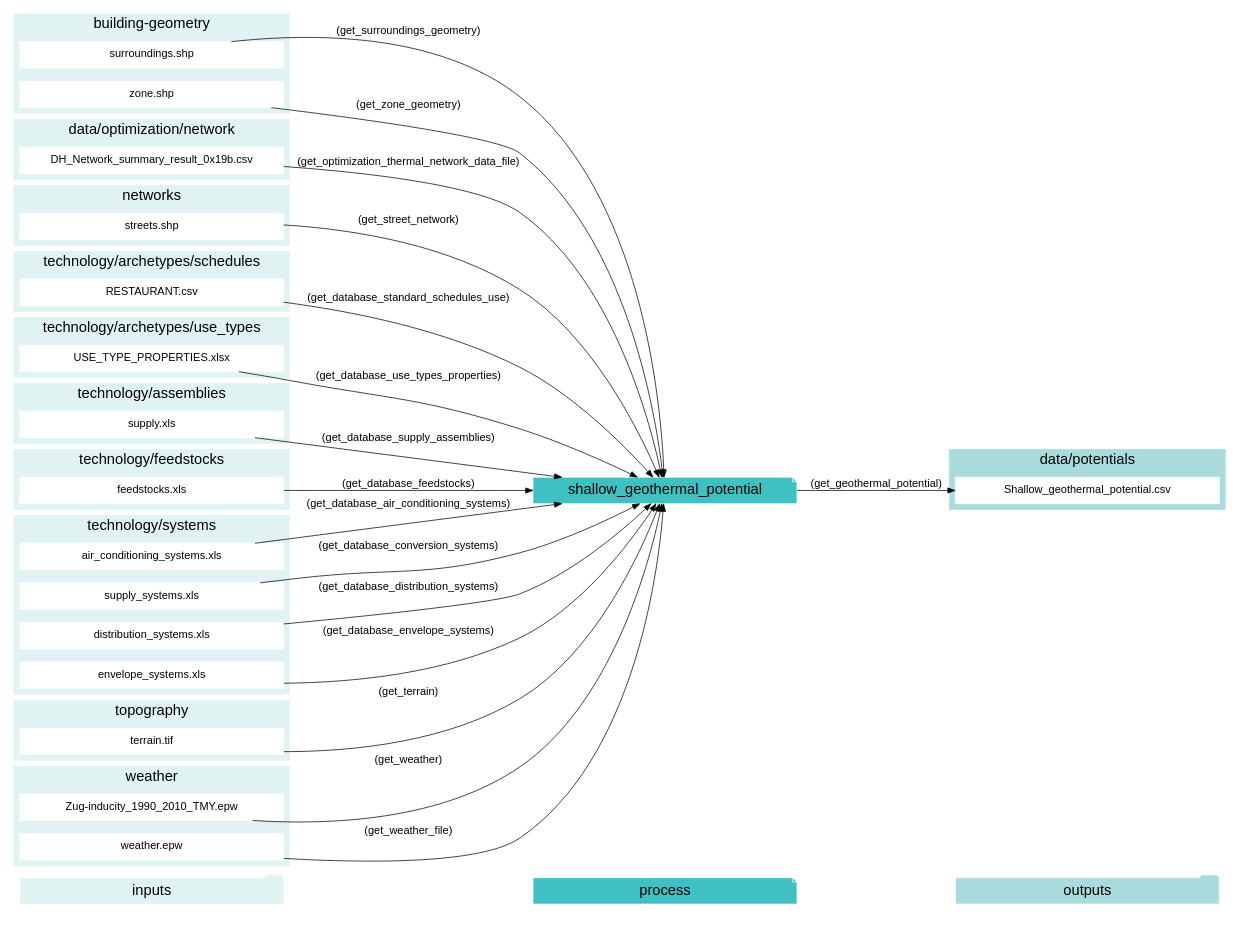
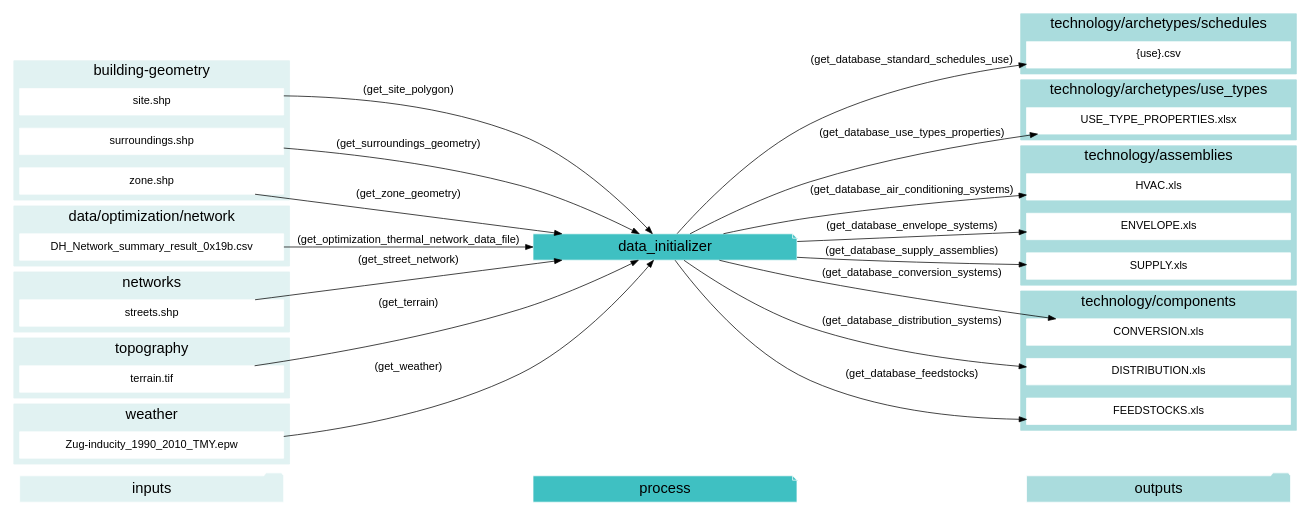
Diagram 15 of 23 in docs/script-data-flow.rst (architecture-building-systems/CityEnergyAnalyst), drawn with Graphviz before and after one commit. The commit also changed other lines of this file and 24 other files, not shown here.

```diff
--- a/docs/script-data-flow.rst
+++ b/docs/script-data-flow.rst
@@ -2235,13 +1548,14 @@
     "inputs"->"process"[style=invis]
     "process"->"outputs"[style=invis]
     }
-    "shallow_geothermal_potential"[style=filled, color=white, fillcolor="#3FC0C2", shape=note, fontsize=20, fontname=arial];
+    "data_initializer"[style=filled, color=white, fillcolor="#3FC0C2", shape=note, fontsize=20, fontname=arial];
     subgraph cluster_0_in {
         style = filled;
         color = "#E1F2F2";
         fontsize = 20;
         rank=same;
         label="building-geometry";
+        "site.shp"
         "surroundings.shp"
         "zone.shp"
     }
@@ -2253,15 +1567,7 @@
         label="data/optimization/network";
         "DH_Network_summary_result_0x19b.csv"
     }
-    subgraph cluster_2_out {
-        style = filled;
-        color = "#aadcdd";
-        fontsize = 20;
-        rank=same;
-        label="data/potentials";
-        "Shallow_geothermal_potential.csv"
-    }
-    subgraph cluster_3_in {
+    subgraph cluster_2_in {
         style = filled;
         color = "#E1F2F2";
         fontsize = 20;
@@ -2269,50 +1575,43 @@
         label="networks";
         "streets.shp"
     }
-    subgraph cluster_4_in {
+    subgraph cluster_3_out {
         style = filled;
-        color = "#E1F2F2";
+        color = "#aadcdd";
         fontsize = 20;
         rank=same;
         label="technology/archetypes/schedules";
-        "RESTAURANT.csv"
+        "{use}.csv"
     }
-    subgraph cluster_5_in {
+    subgraph cluster_4_out {
         style = filled;
-        color = "#E1F2F2";
+        color = "#aadcdd";
         fontsize = 20;
         rank=same;
         label="technology/archetypes/use_types";
         "USE_TYPE_PROPERTIES.xlsx"
     }
-    subgraph cluster_6_in {
+    subgraph cluster_5_out {
         style = filled;
-        color = "#E1F2F2";
+        color = "#aadcdd";
         fontsize = 20;
         rank=same;
         label="technology/assemblies";
-        "supply.xls"
+        "HVAC.xls"
+        "ENVELOPE.xls"
+        "SUPPLY.xls"
+    }
+    subgraph cluster_6_out {
+        style = filled;
+        color = "#aadcdd";
+        fontsize = 20;
+        rank=same;
+        label="technology/components";
+        "CONVERSION.xls"
+        "DISTRIBUTION.xls"
+        "FEEDSTOCKS.xls"
     }
     subgraph cluster_7_in {
-        style = filled;
-        color = "#E1F2F2";
-        fontsize = 20;
-        rank=same;
-        label="technology/feedstocks";
-        "feedstocks.xls"
-    }
-    subgraph cluster_8_in {
-        style = filled;
-        color = "#E1F2F2";
-        fontsize = 20;
-        rank=same;
-        label="technology/systems";
-        "air_conditioning_systems.xls"
-        "supply_systems.xls"
-        "distribution_systems.xls"
-        "envelope_systems.xls"
-    }
-    subgraph cluster_9_in {
         style = filled;
         color = "#E1F2F2";
         fontsize = 20;
@@ -2320,29 +1619,27 @@
         label="topography";
         "terrain.tif"
     }
-    subgraph cluster_10_in {
+    subgraph cluster_8_in {
         style = filled;
         color = "#E1F2F2";
         fontsize = 20;
         rank=same;
         label="weather";
         "Zug-inducity_1990_2010_TMY.epw"
-        "weather.epw"
     }
-    "air_conditioning_systems.xls" -> "shallow_geothermal_potential"[label="(get_database_air_conditioning_systems)"]
-    "supply_systems.xls" -> "shallow_geothermal_potential"[label="(get_database_conversion_systems)"]
-    "distribution_systems.xls" -> "shallow_geothermal_potential"[label="(get_database_distribution_systems)"]
-    "envelope_systems.xls" -> "shallow_geothermal_potential"[label="(get_database_envelope_systems)"]
-    "feedstocks.xls" -> "shallow_geothermal_potential"[label="(get_database_feedstocks)"]
-    "RESTAURANT.csv" -> "shallow_geothermal_potential"[label="(get_database_standard_schedules_use)"]
-    "supply.xls" -> "shallow_geothermal_potential"[label="(get_database_supply_assemblies)"]
-    "USE_TYPE_PROPERTIES.xlsx" -> "shallow_geothermal_potential"[label="(get_database_use_types_properties)"]
-    "DH_Network_summary_result_0x19b.csv" -> "shallow_geothermal_potential"[label="(get_optimization_thermal_network_data_file)"]
-    "streets.shp" -> "shallow_geothermal_potential"[label="(get_street_network)"]
-    "surroundings.shp" -> "shallow_geothermal_potential"[label="(get_surroundings_geometry)"]
-    "terrain.tif" -> "shallow_geothermal_potential"[label="(get_terrain)"]
-    "Zug-inducity_1990_2010_TMY.epw" -> "shallow_geothermal_potential"[label="(get_weather)"]
-    "weather.epw" -> "shallow_geothermal_potential"[label="(get_weather_file)"]
-    "zone.shp" -> "shallow_geothermal_potential"[label="(get_zone_geometry)"]
-    "shallow_geothermal_potential" -> "Shallow_geothermal_potential.csv"[label="(get_geothermal_potential)"]
+    "DH_Network_summary_result_0x19b.csv" -> "data_initializer"[label="(get_optimization_thermal_network_data_file)"]
+    "site.shp" -> "data_initializer"[label="(get_site_polygon)"]
+    "streets.shp" -> "data_initializer"[label="(get_street_network)"]
+    "surroundings.shp" -> "data_initializer"[label="(get_surroundings_geometry)"]
+    "terrain.tif" -> "data_initializer"[label="(get_terrain)"]
+    "Zug-inducity_1990_2010_TMY.epw" -> "data_initializer"[label="(get_weather)"]
+    "zone.shp" -> "data_initializer"[label="(get_zone_geometry)"]
+    "data_initializer" -> "HVAC.xls"[label="(get_database_air_conditioning_systems)"]
+    "data_initializer" -> "CONVERSION.xls"[label="(get_database_conversion_systems)"]
+    "data_initializer" -> "DISTRIBUTION.xls"[label="(get_database_distribution_systems)"]
+    "data_initializer" -> "ENVELOPE.xls"[label="(get_database_envelope_systems)"]
+    "data_initializer" -> "FEEDSTOCKS.xls"[label="(get_database_feedstocks)"]
+    "data_initializer" -> "{use}.csv"[label="(get_database_standard_schedules_use)"]
+    "data_initializer" -> "SUPPLY.xls"[label="(get_database_supply_assemblies)"]
+    "data_initializer" -> "USE_TYPE_PROPERTIES.xlsx"[label="(get_database_use_types_properties)"]
     }
```
